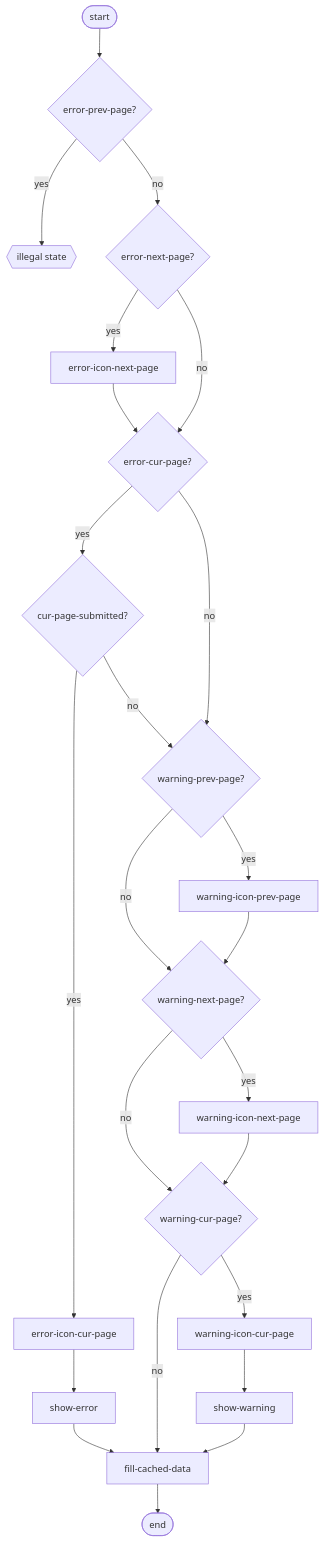
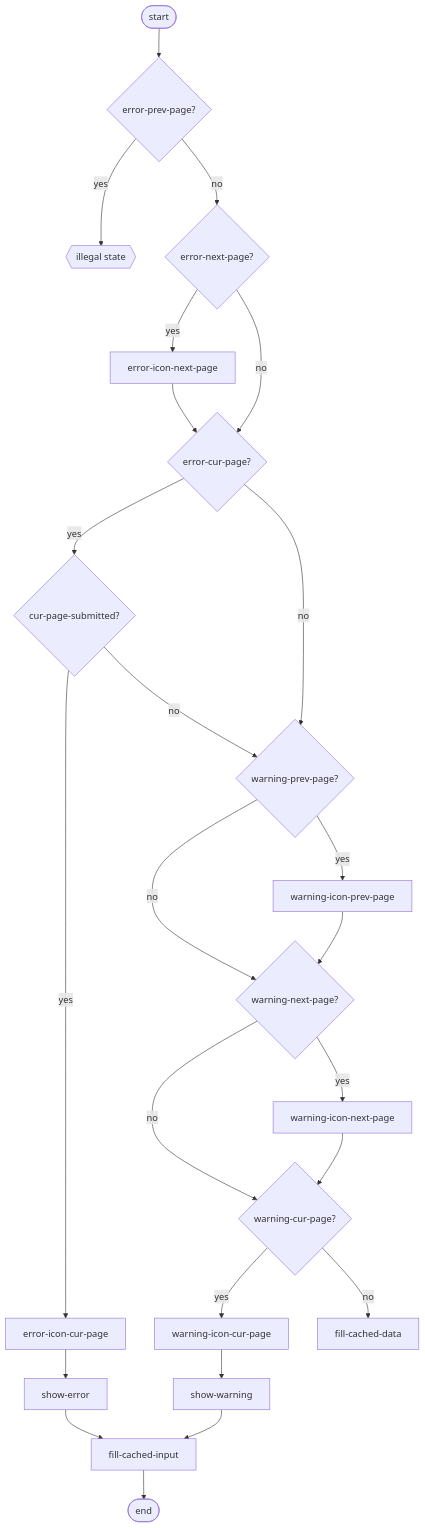
One commit to kiesraad/abacus changed the first of 3 diagrams in documentatie/flowcharts/date-entry-navigation.md. Above: the diagram before and after it, drawn with Mermaid. The commit also changed other lines of this file, not shown here.

Commit message:
cleanup and fixes click nav item flow

````diff
--- a/documentatie/flowcharts/date-entry-navigation.md
+++ b/documentatie/flowcharts/date-entry-navigation.md
@@ -13,64 +12,64 @@
 ```mermaid
 flowchart TD
 
     %% elements
     flow-start([start])
     flow-end([end])
     illegal-state{{illegal state}}
 
     show-error
     error-icon-next-page
     %% error-icon-prev-page is illegal state
     error-icon-cur-page
 
     show-warning
     warning-icon-next-page
     warning-icon-prev-page
     warning-icon-cur-page
 
     error-next-page{error-next-page?}
     error-prev-page{error-prev-page?}
     error-cur-page{error-cur-page?}
 
     warning-next-page{warning-next-page?}
     warning-prev-page{warning-prev-page?}
     warning-cur-page{warning-cur-page?}
 
     cur-page-submitted{cur-page-submitted?}
 
-    fill-cached-data
+    fill-cached-input
 
     %% flow
     flow-start --> error-prev-page
 
     error-prev-page -- yes --> illegal-state
     error-prev-page -- no --> error-next-page
 
     error-next-page -- yes --> error-icon-next-page
     error-icon-next-page --> error-cur-page
     error-next-page -- no --> error-cur-page
 
     error-cur-page -- yes --> cur-page-submitted
     cur-page-submitted -- yes --> error-icon-cur-page
     error-icon-cur-page --> show-error
     cur-page-submitted -- no --> warning-prev-page
     error-cur-page -- no --> warning-prev-page
 
     warning-prev-page -- no --> warning-next-page
     warning-prev-page -- yes --> warning-icon-prev-page
     warning-icon-prev-page --> warning-next-page
 
     warning-next-page -- no --> warning-cur-page
     warning-next-page -- yes --> warning-icon-next-page
     warning-icon-next-page --> warning-cur-page
 
     warning-cur-page -- no --> fill-cached-data
     warning-cur-page -- yes --> warning-icon-cur-page
     warning-icon-cur-page --> show-warning
 
-    show-error --> fill-cached-data
-    show-warning --> fill-cached-data
+    show-error --> fill-cached-input
+    show-warning --> fill-cached-input
 
-    fill-cached-data --> flow-end
+    fill-cached-input --> flow-end
 
 ```
````
